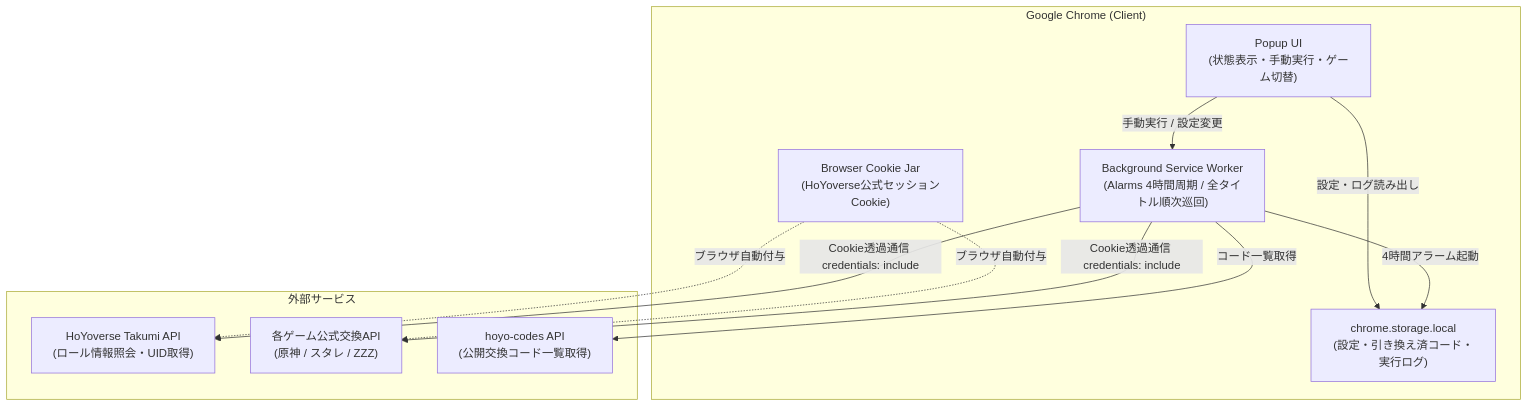
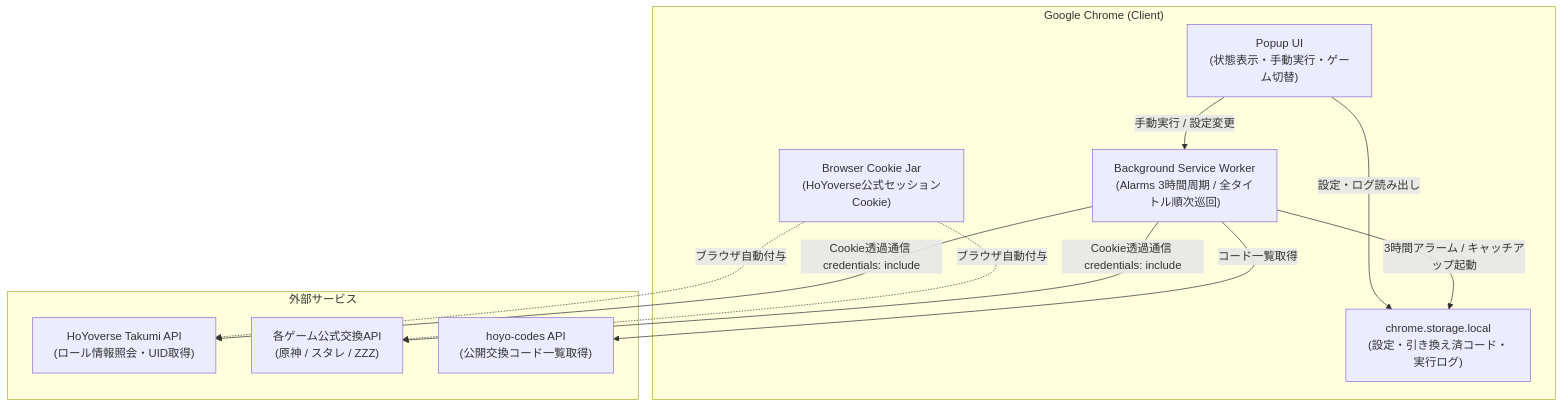
The diagram in docs/design/architecture.md (zyanpoyo/HoYoPass), drawn with Mermaid before and after one commit. The commit also changed other lines of this file and 11 other files, not shown here.

````diff
--- a/docs/design/architecture.md
+++ b/docs/design/architecture.md
@@ -11,25 +11,25 @@
 ```mermaid
 flowchart TD
     subgraph Browser["Google Chrome (Client)"]
-        SW["Background Service Worker<br>(Alarms 4時間周期 / 全タイトル順次巡回)"]
+        SW["Background Service Worker<br>(Alarms 3時間周期 / 全タイトル順次巡回)"]
         Popup["Popup UI<br>(状態表示・手動実行・ゲーム切替)"]
         Storage["chrome.storage.local<br>(設定・引き換え済コード・実行ログ)"]
         CookieJar["Browser Cookie Jar<br>(HoYoverse公式セッションCookie)"]
     end
 
     subgraph ExternalServices["外部サービス"]
         TakumiAPI["HoYoverse Takumi API<br>(ロール情報照会・UID取得)"]
         RedeemAPI["各ゲーム公式交換API<br>(原神 / スタレ / ZZZ)"]
         HoyoCodesAPI["hoyo-codes API<br>(公開交換コード一覧取得)"]
     end
 
-    SW -->|4時間アラーム起動| Storage
+    SW -->|3時間アラーム / キャッチアップ起動| Storage
     Popup -->|手動実行 / 設定変更| SW
     Popup -->|設定・ログ読み出し| Storage
 
     SW -->|コード一覧取得| HoyoCodesAPI
     SW -->|Cookie透過通信 credentials: include| TakumiAPI
     SW -->|Cookie透過通信 credentials: include| RedeemAPI
     CookieJar -.->|ブラウザ自動付与| TakumiAPI
     CookieJar -.->|ブラウザ自動付与| RedeemAPI
 ```
````
